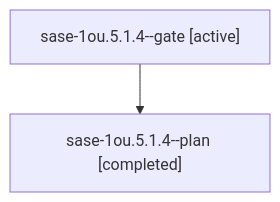
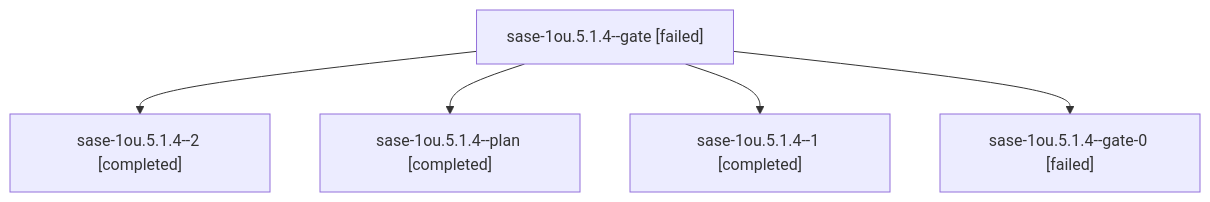
One commit to sase-org/sase--agents changed the diagram in sessions/bbugyi200.athena.sase-1ou.5.1.4.md. Above: the diagram before and after it, drawn with Mermaid. The commit also changed other lines of this file and 93 other files, not shown here.

````diff
--- a/sessions/bbugyi200.athena.sase-1ou.5.1.4.md
+++ b/sessions/bbugyi200.athena.sase-1ou.5.1.4.md
@@ -9,6 +9,12 @@
 ```mermaid
 flowchart TD
-  n0["sase-1ou.5.1.4--gate [active]"]
-  n1["sase-1ou.5.1.4--plan [completed]"]
+  n0["sase-1ou.5.1.4--gate [failed]"]
+  n1["sase-1ou.5.1.4--2 [completed]"]
   n0 --> n1
+  n2["sase-1ou.5.1.4--plan [completed]"]
+  n0 --> n2
+  n3["sase-1ou.5.1.4--1 [completed]"]
+  n0 --> n3
+  n4["sase-1ou.5.1.4--gate-0 [failed]"]
+  n0 --> n4
 ```
````
